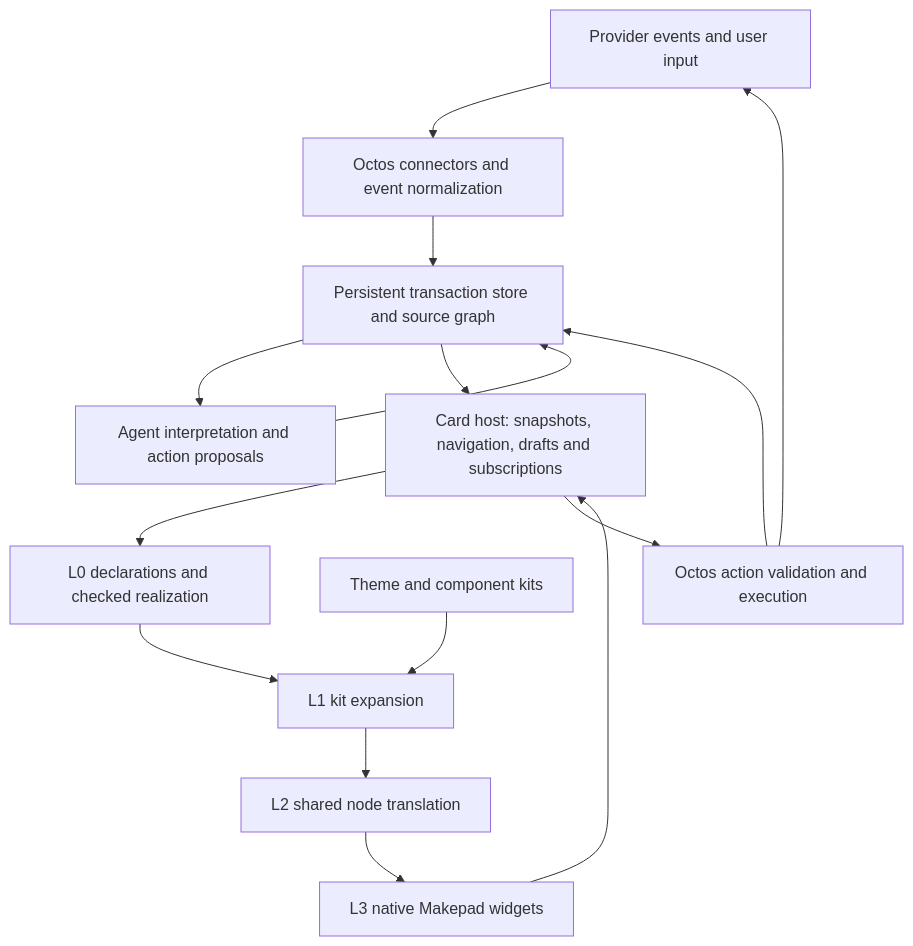
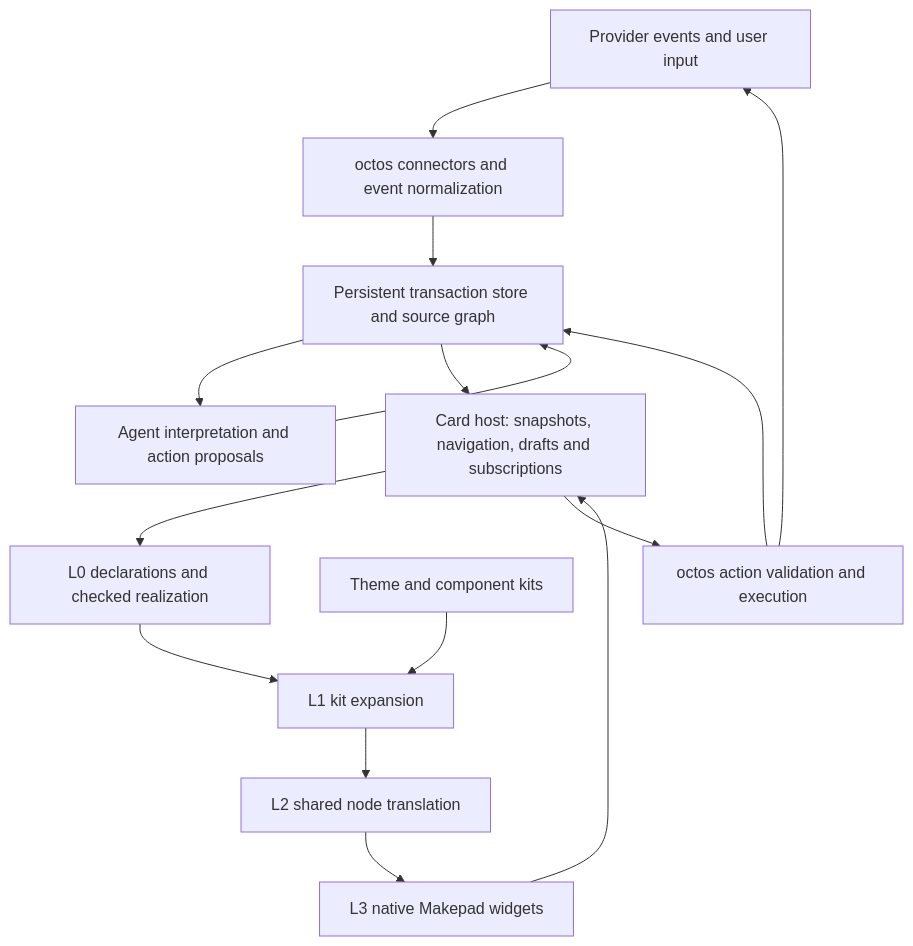
One commit to OctoSense-org/OctoScript-App-Design-Flow changed the diagram in docs/layered-architecture-assessment.md. Above: the diagram before and after it, drawn with Mermaid. The commit also changed other lines of this file and 30 other files, not shown here.

First line of the commit message:
docs: correct the walkthroughs, flows and connected-app examples

````diff
--- a/docs/layered-architecture-assessment.md
+++ b/docs/layered-architecture-assessment.md
@@ -49,17 +49,17 @@
 ```mermaid
 flowchart TB
-    P[Provider events and user input] --> O[Octos connectors and event normalization]
+    P[Provider events and user input] --> O[octos connectors and event normalization]
     O --> M[Persistent transaction store and source graph]
     M --> A[Agent interpretation and action proposals]
     A --> M
     M --> H[Card host: snapshots, navigation, drafts and subscriptions]
     H --> L0[L0 declarations and checked realization]
     K[Theme and component kits] --> L1[L1 kit expansion]
     L0 --> L1
     L1 --> L2[L2 shared node translation]
     L2 --> L3[L3 native Makepad widgets]
     L3 --> H
-    H --> X[Octos action validation and execution]
+    H --> X[octos action validation and execution]
     X --> P
     X --> M
 ```
````
